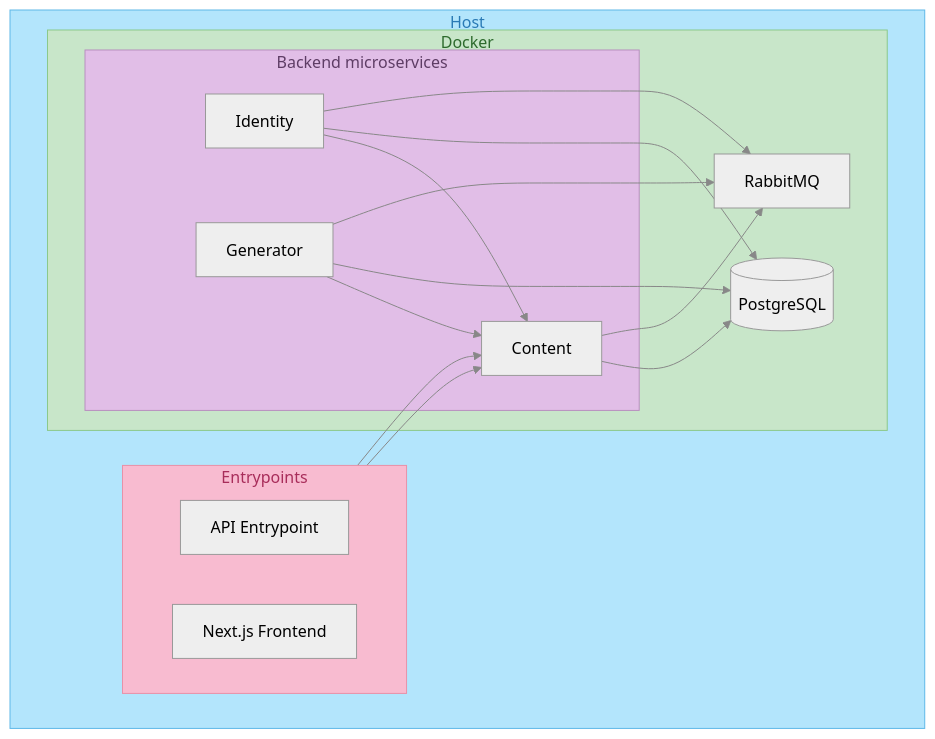
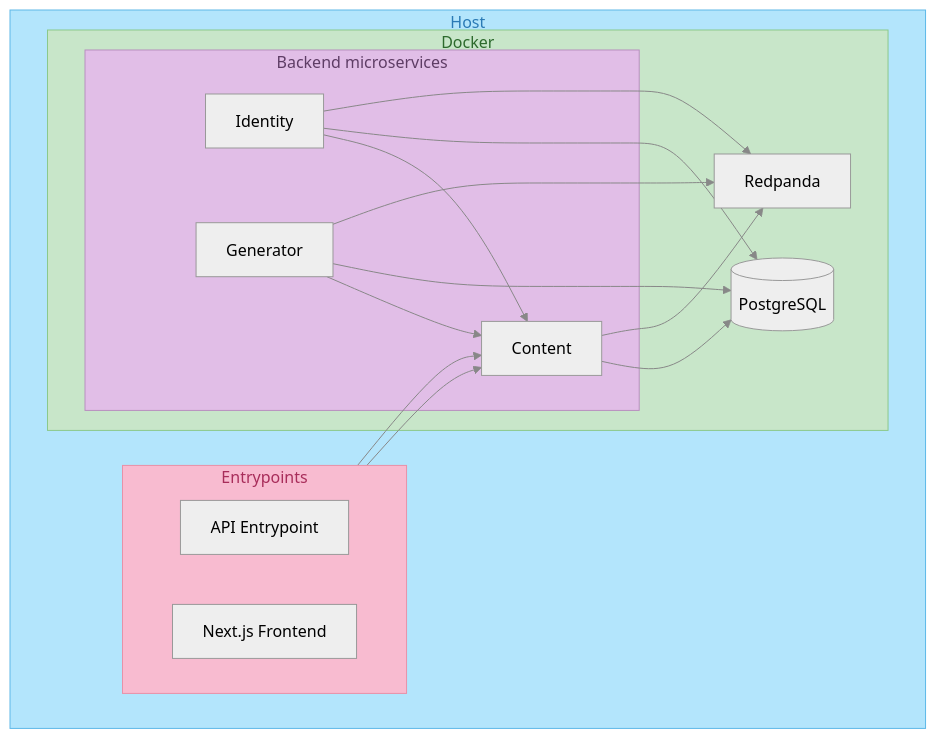
The diagram in ADR/0001-docker-go-postgres.md (quizdone/quizdo-docs), drawn with Mermaid (neutral theme) before and after one commit. The commit also changed other lines of this file, not shown here.

Commit message:
Update ADR 0001: Replace RabbitMQ with Redpanda for async communication, enhance Docker production image details, and clarify deployment consequences.

````diff
--- a/ADR/0001-docker-go-postgres.md
+++ b/ADR/0001-docker-go-postgres.md
@@ -33,38 +34,38 @@
 ```mermaid
 flowchart TB
     subgraph Host["Host"]
         subgraph Entrypoints["Entrypoints"]
             direction LR
             API["API Entrypoint"]
             NextJS["Next.js Frontend"]
         end
 
         subgraph Docker["Docker"]
             subgraph Backend["Backend microservices"]
                 Content["Content"]
                 Identity["Identity"]
                 Generator["Generator"]
             end
 
             PG[(PostgreSQL)]
-            MQ[RabbitMQ]
+            RP[Redpanda]
         end
     end
 
     API --> Content
     NextJS --> Content
     Identity --> Content
     Generator --> Content
     Content --> PG
     Identity --> PG
     Generator --> PG
-    Content --> MQ
-    Identity --> MQ
-    Generator --> MQ
+    Content --> RP
+    Identity --> RP
+    Generator --> RP
 
     style Host fill:#b3e5fc,stroke:#5eb8e8,color:#2a7ab5
     style Entrypoints fill:#f8bbd0,stroke:#e891a8,color:#a82d5a
     style Docker fill:#c8e6c9,stroke:#8bc98b,color:#2d6a2d
     style Backend fill:#e1bee7,stroke:#b88fbf,color:#5e3d65
     linkStyle default stroke:#888
 ```
````
